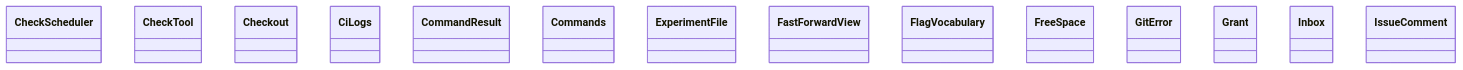
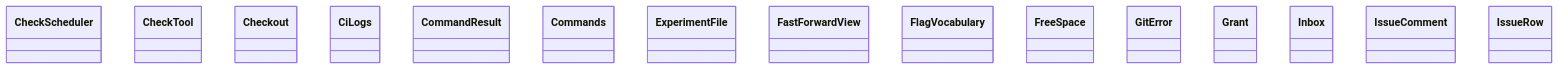
One commit to GonzaloZevallos/agentic-system changed the diagram in docs/architecture/generated/classes-process-application-support-2.md. Above: the diagram before and after it, drawn with Mermaid. The commit also changed other lines of this file and 23 other files, not shown here.

````diff
--- a/docs/architecture/generated/classes-process-application-support-2.md
+++ b/docs/architecture/generated/classes-process-application-support-2.md
@@ -17,17 +17,18 @@
 ```mermaid
 classDiagram
     class ports__CheckScheduler["CheckScheduler"]
     class ports__CheckTool["CheckTool"]
     class ports__Checkout["Checkout"]
     class ports__CiLogs["CiLogs"]
     class ports__CommandResult["CommandResult"]
     class ports__Commands["Commands"]
     class ports__ExperimentFile["ExperimentFile"]
     class ports__FastForwardView["FastForwardView"]
     class ports__FlagVocabulary["FlagVocabulary"]
     class ports__FreeSpace["FreeSpace"]
     class ports__GitError["GitError"]
     class ports__Grant["Grant"]
     class ports__Inbox["Inbox"]
     class ports__IssueComment["IssueComment"]
+    class ports__IssueRow["IssueRow"]
 ```
````
